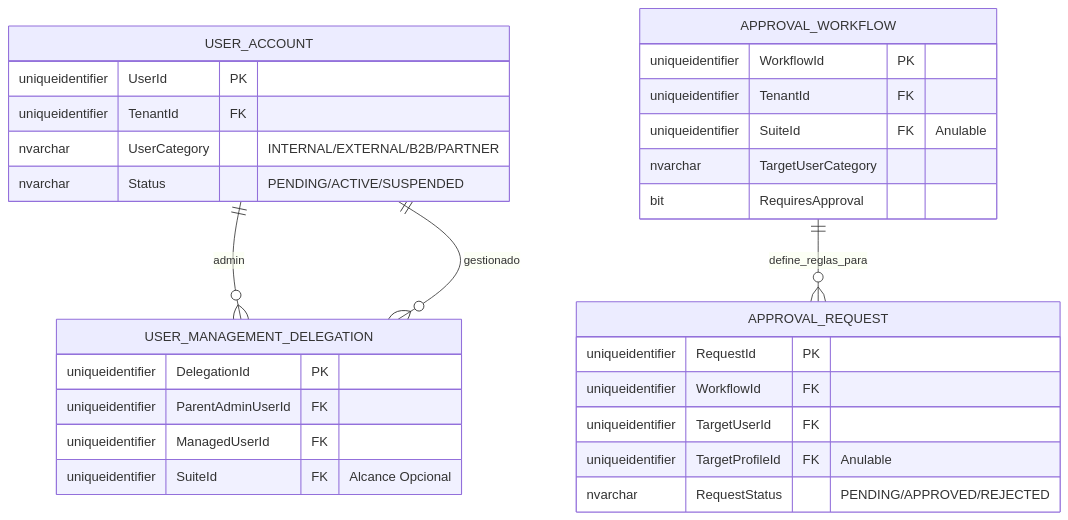
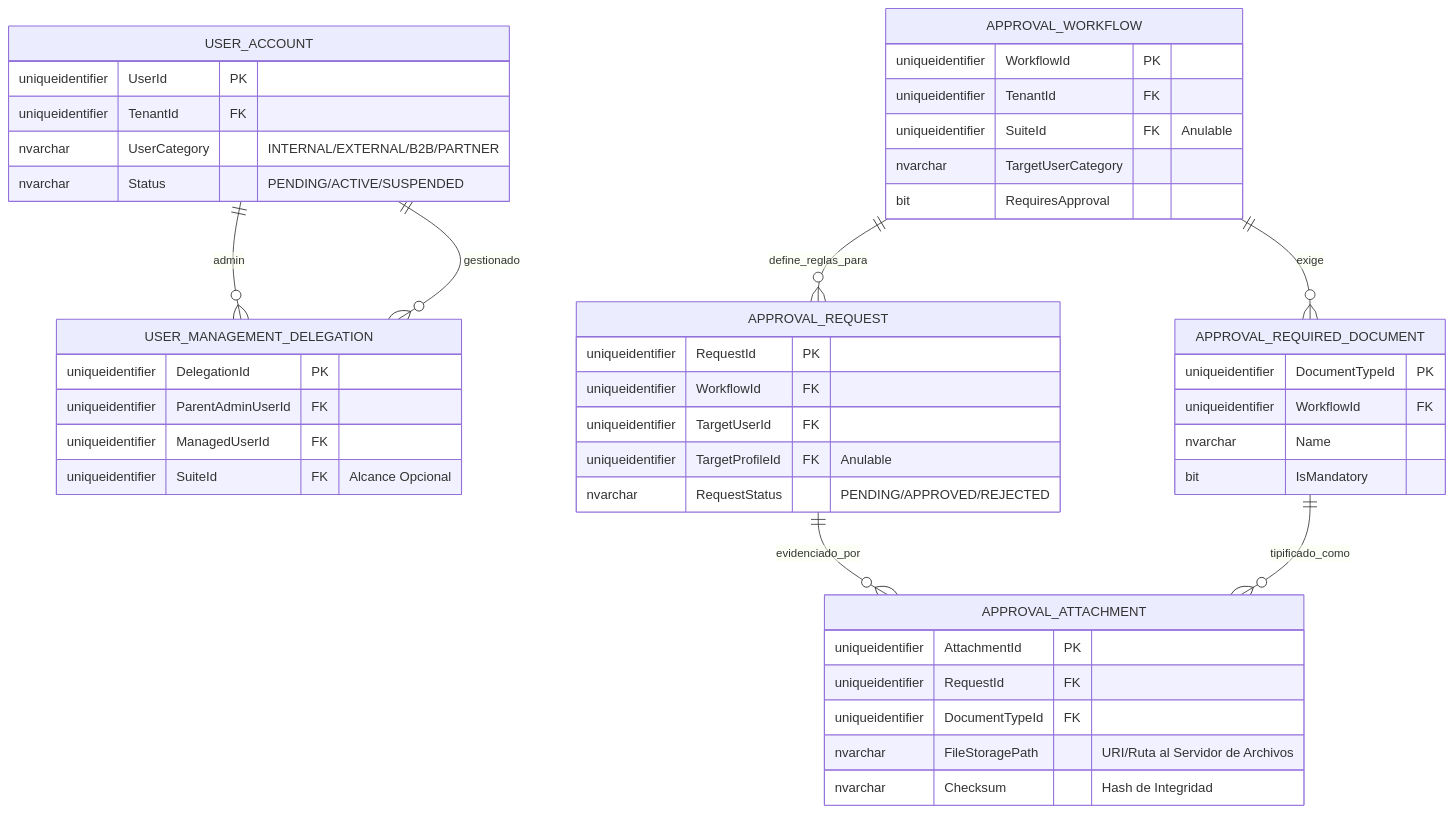
The fourth of 4 diagrams in architecture/blueprints-es/database-design-er.md (beyondnetcode/ums), drawn with Mermaid before and after one commit. The commit also changed other lines of this file and 4 other files, not shown here.

Commit message:
feat(auth): integrate supporting document management into approval workflows

````diff
--- a/architecture/blueprints-es/database-design-er.md
+++ b/architecture/blueprints-es/database-design-er.md
@@ -133,36 +133,54 @@
 ```mermaid
 erDiagram
     USER_ACCOUNT ||--o{ USER_MANAGEMENT_DELEGATION : "admin"
     USER_ACCOUNT ||--o{ USER_MANAGEMENT_DELEGATION : "gestionado"
     APPROVAL_WORKFLOW ||--o{ APPROVAL_REQUEST : "define_reglas_para"
+    APPROVAL_WORKFLOW ||--o{ APPROVAL_REQUIRED_DOCUMENT : "exige"
+    APPROVAL_REQUEST ||--o{ APPROVAL_ATTACHMENT : "evidenciado_por"
+    APPROVAL_REQUIRED_DOCUMENT ||--o{ APPROVAL_ATTACHMENT : "tipificado_como"
     
     USER_ACCOUNT {
         uniqueidentifier UserId PK
         uniqueidentifier TenantId FK
         nvarchar UserCategory "INTERNAL/EXTERNAL/B2B/PARTNER"
         nvarchar Status "PENDING/ACTIVE/SUSPENDED"
     }
 
     USER_MANAGEMENT_DELEGATION {
         uniqueidentifier DelegationId PK
         uniqueidentifier ParentAdminUserId FK
         uniqueidentifier ManagedUserId FK
         uniqueidentifier SuiteId FK "Alcance Opcional"
     }
     
     APPROVAL_WORKFLOW {
         uniqueidentifier WorkflowId PK
         uniqueidentifier TenantId FK
         uniqueidentifier SuiteId FK "Anulable"
         nvarchar TargetUserCategory
         bit RequiresApproval
     }
+
+    APPROVAL_REQUIRED_DOCUMENT {
+        uniqueidentifier DocumentTypeId PK
+        uniqueidentifier WorkflowId FK
+        nvarchar Name
+        bit IsMandatory
+    }
     
     APPROVAL_REQUEST {
         uniqueidentifier RequestId PK
         uniqueidentifier WorkflowId FK
         uniqueidentifier TargetUserId FK
         uniqueidentifier TargetProfileId FK "Anulable"
         nvarchar RequestStatus "PENDING/APPROVED/REJECTED"
     }
+
+    APPROVAL_ATTACHMENT {
+        uniqueidentifier AttachmentId PK
+        uniqueidentifier RequestId FK
+        uniqueidentifier DocumentTypeId FK
+        nvarchar FileStoragePath "URI/Ruta al Servidor de Archivos"
+        nvarchar Checksum "Hash de Integridad"
+    }
 ```
````
